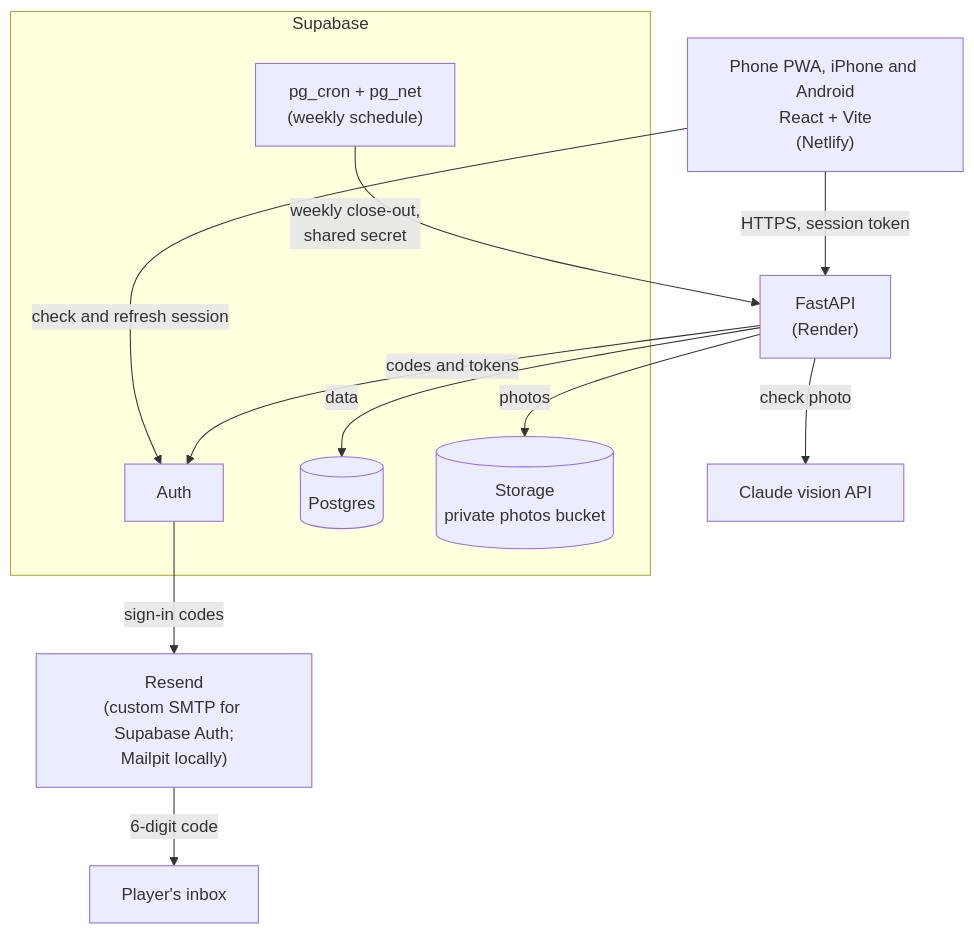
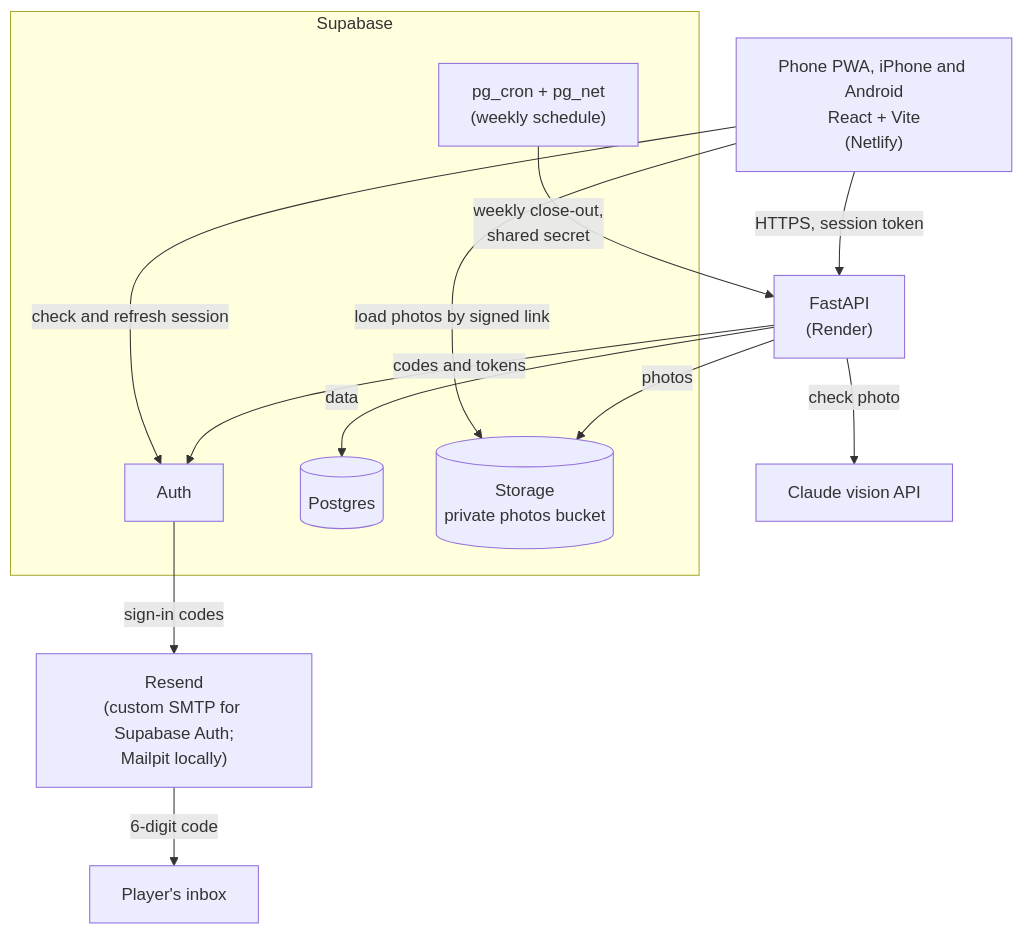
One commit to azamatsmith/soul-search changed the first of 6 diagrams in docs/architecture.md. Above: the diagram before and after it, drawn with Mermaid. The commit also changed other lines of this file, not shown here.

Commit message:
docs: bring the architecture page up to date (#127)

````diff
--- a/docs/architecture.md
+++ b/docs/architecture.md
@@ -9,25 +9,26 @@
 ```mermaid
 flowchart TB
     phone["Phone PWA, iPhone and Android<br/>React + Vite<br/>(Netlify)"]
     api["FastAPI<br/>(Render)"]
     claude["Claude vision API"]
     email["Resend<br/>(custom SMTP for Supabase Auth;<br/>Mailpit locally)"]
     inbox["Player's inbox"]
 
     subgraph supabase["Supabase"]
         auth["Auth"]
         db[("Postgres")]
         storage[("Storage<br/>private photos bucket")]
         cron["pg_cron + pg_net<br/>(weekly schedule)"]
     end
 
     phone -- "HTTPS, session token" --> api
     phone -- "check and refresh session" --> auth
+    phone -- "load photos by signed link" --> storage
     api -- "check photo" --> claude
     api -- "codes and tokens" --> auth
     api -- "data" --> db
     api -- "photos" --> storage
     cron -- "weekly close-out,<br/>shared secret" --> api
     auth -- "sign-in codes" --> email
     email -- "6-digit code" --> inbox
 ```
````
